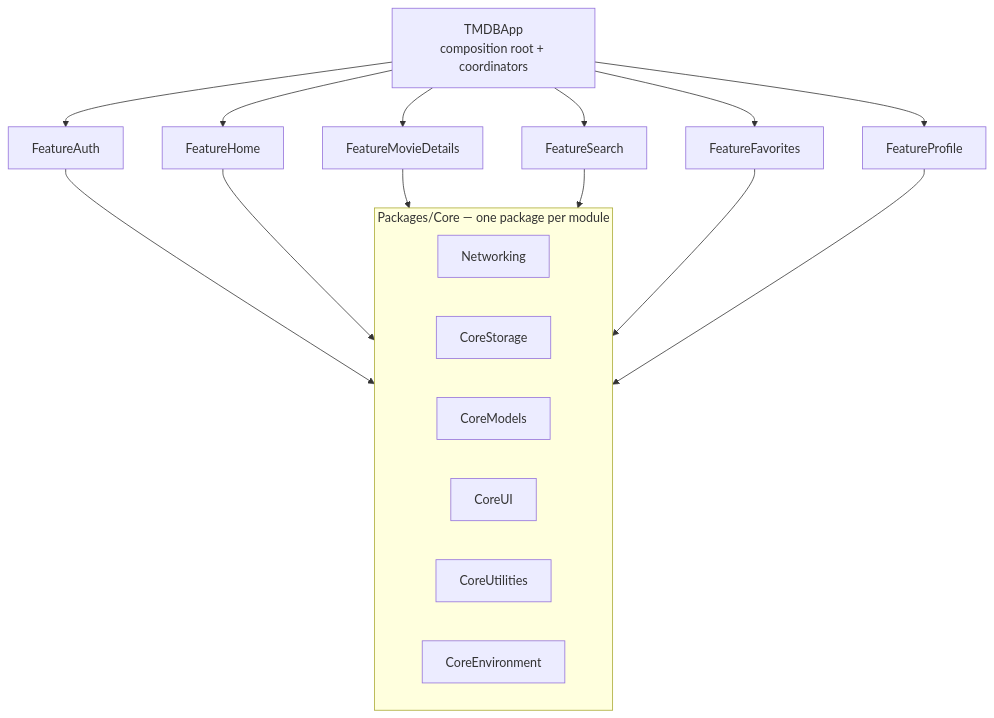
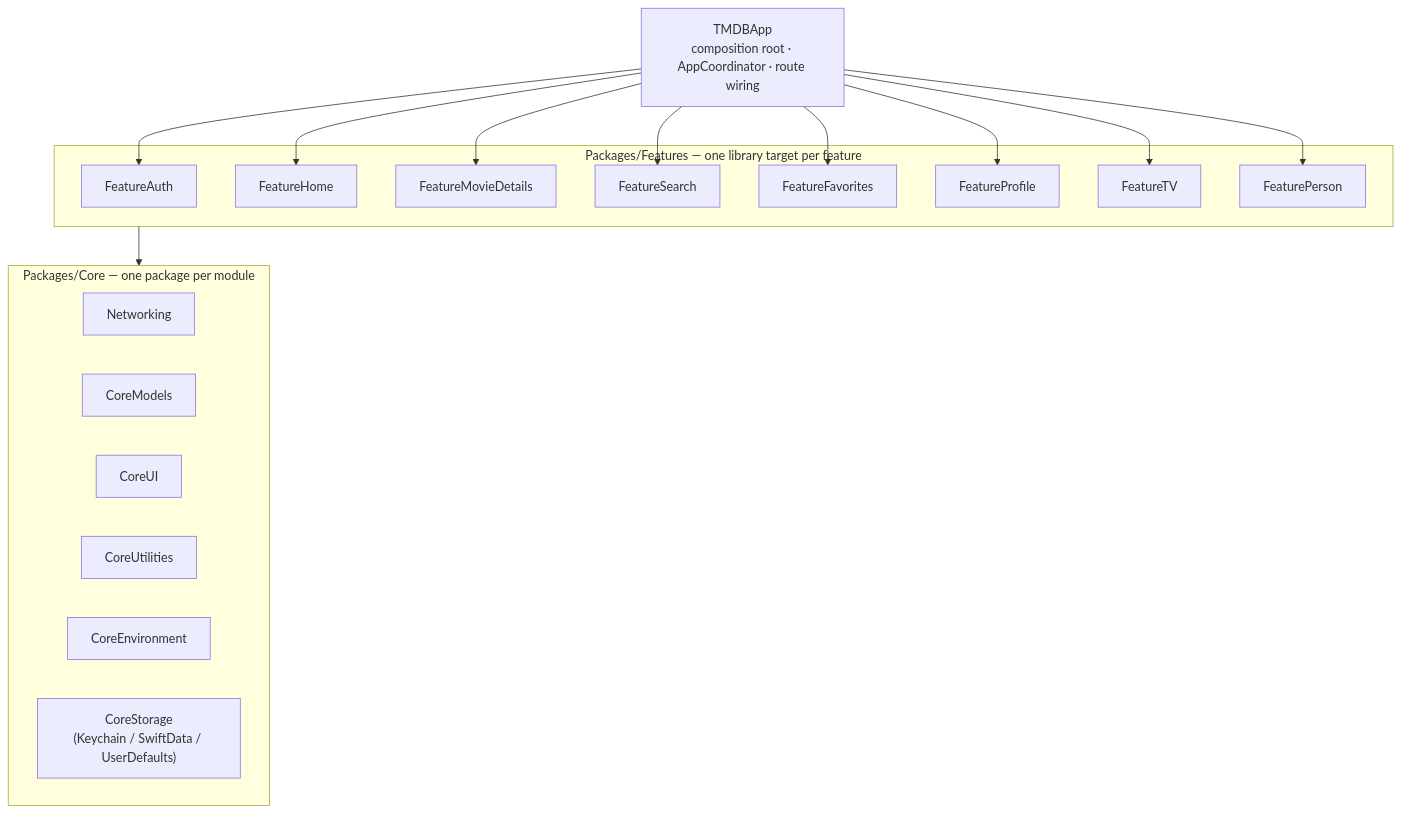
The second of 2 diagrams in README.md (AhmedRaslan2022/TMDB_2026), drawn with Mermaid before and after one commit. The commit also changed other lines of this file and 1 other file, not shown here.

````diff
--- a/README.md
+++ b/README.md
@@ -18,15 +59,29 @@
 ```mermaid
 graph TD
-    App[TMDBApp<br/>composition root + coordinators]
-    App --> FeatureAuth & FeatureHome & FeatureMovieDetails & FeatureSearch & FeatureFavorites & FeatureProfile
-    FeatureAuth & FeatureHome & FeatureMovieDetails & FeatureSearch & FeatureFavorites & FeatureProfile --> Core
+    App["TMDBApp<br/>composition root · AppCoordinator · route wiring"]
 
-    subgraph Core [Packages/Core — one package per module]
+    App --> FeatureAuth & FeatureHome & FeatureMovieDetails & FeatureSearch
+    App --> FeatureFavorites & FeatureProfile & FeatureTV & FeaturePerson
+
+    subgraph Features ["Packages/Features — one library target per feature"]
+        FeatureAuth
+        FeatureHome
+        FeatureMovieDetails
+        FeatureSearch
+        FeatureFavorites
+        FeatureProfile
+        FeatureTV
+        FeaturePerson
+    end
+
+    Features --> Core
+
+    subgraph Core ["Packages/Core — one package per module"]
         Networking
-        CoreStorage
         CoreModels
         CoreUI
         CoreUtilities
         CoreEnvironment
+        CoreStorage["CoreStorage<br/>(Keychain / SwiftData / UserDefaults)"]
     end
 ```
````
